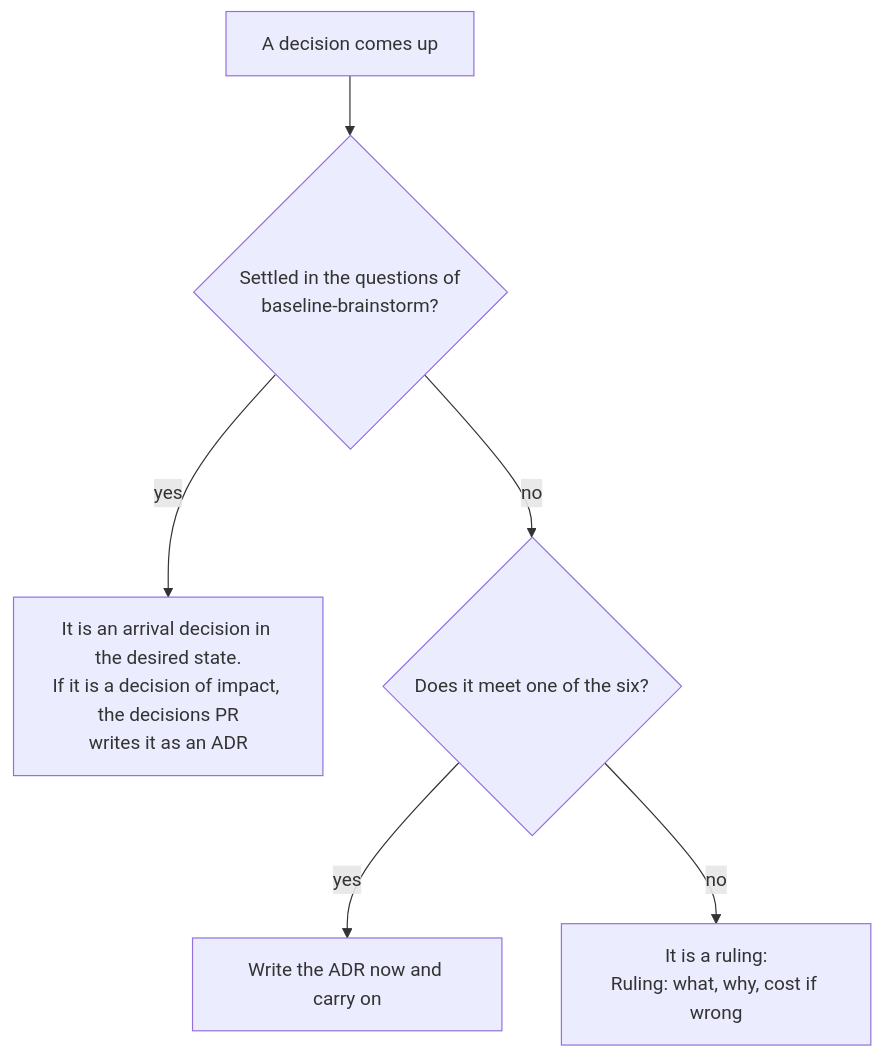
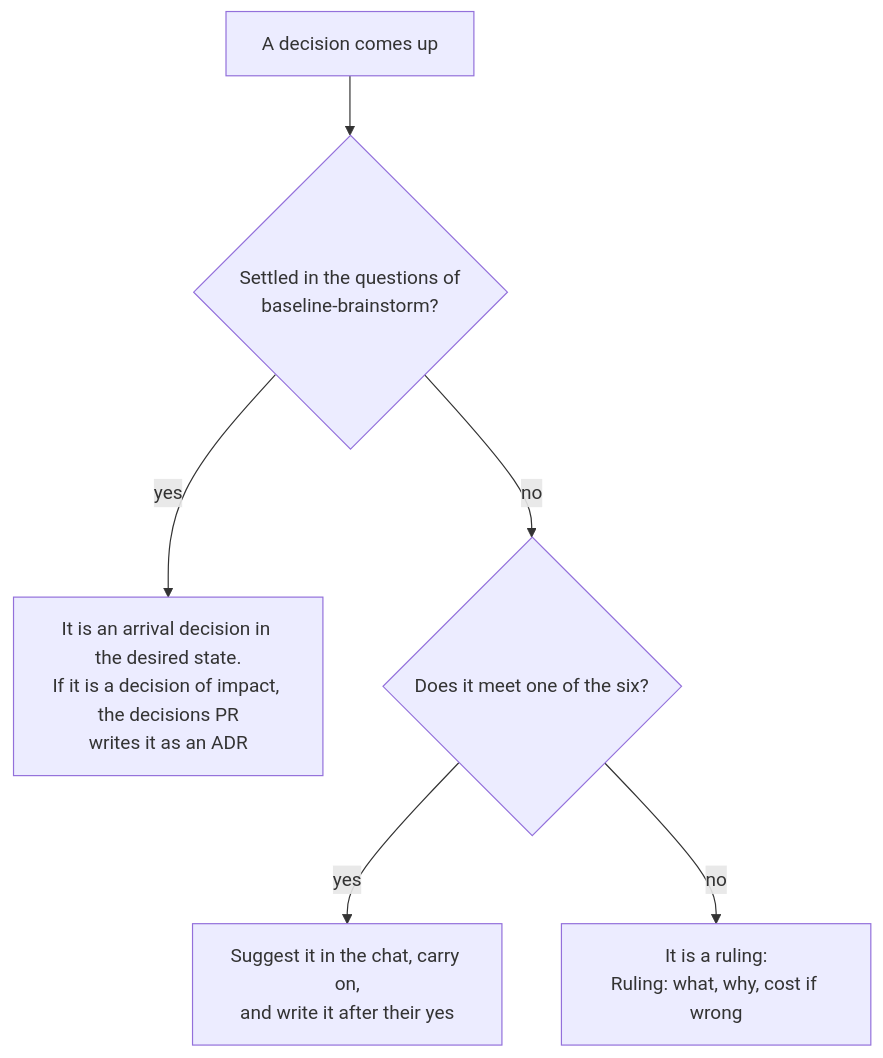
Before and after one commit to chandanbsd/baseline-framework: the diagram in docs/agents/adrs.md, drawn with Mermaid. The commit also changed other lines of this file and 14 other files, not shown here.

First line of the commit message:
fix: ADRs and standards are suggested and written after a yes, the documentation skill after its first run, and update sees a changed body

````diff
--- a/docs/agents/adrs.md
+++ b/docs/agents/adrs.md
@@ -20,8 +22,8 @@
 ```mermaid
 flowchart TD
     A["A decision comes up"] --> B{"Settled in the questions of<br/>baseline-brainstorm?"}
     B -->|"yes"| C["It is an arrival decision in the desired state.<br/>If it is a decision of impact, the decisions PR<br/>writes it as an ADR"]
     B -->|"no"| D{"Does it meet one of the six?"}
-    D -->|"yes"| E["Write the ADR now and carry on"]
+    D -->|"yes"| E["Suggest it in the chat, carry on,<br/>and write it after their yes"]
     D -->|"no"| F["It is a ruling:<br/>Ruling: what, why, cost if wrong"]
 ```
````
